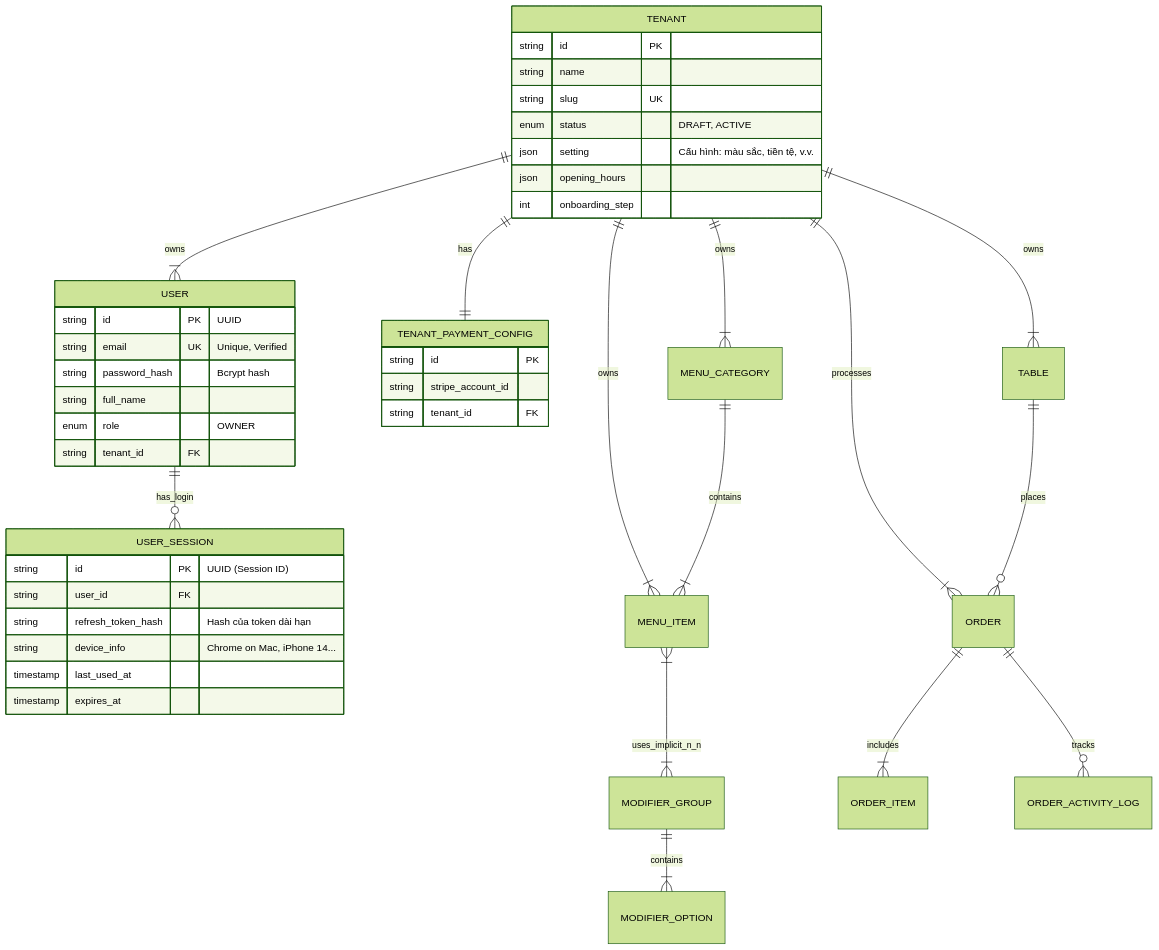
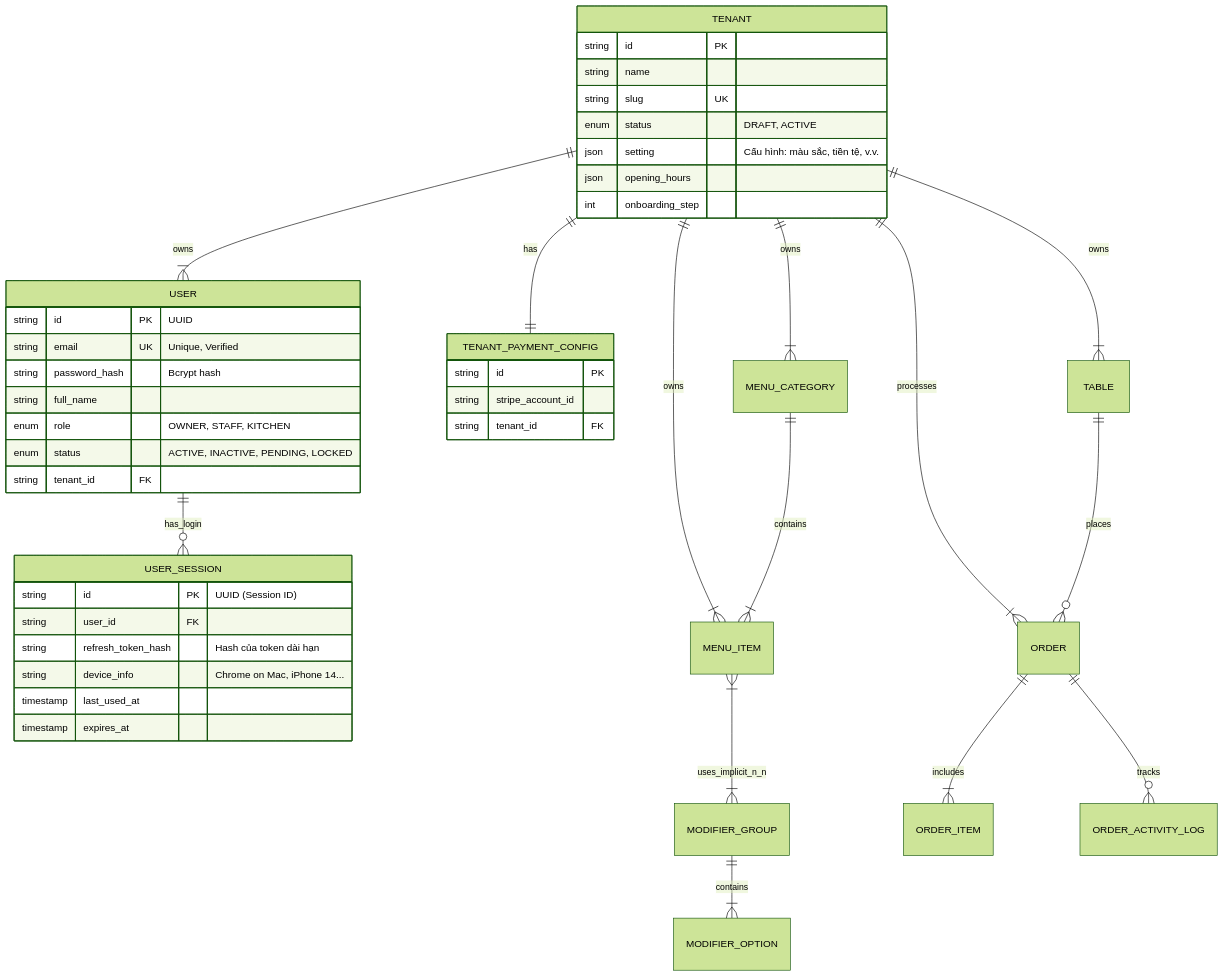
One commit to tkob-team/TKOB_QROrderSystem changed the diagram in docs/backend/database/er_diagram.md. Above: the diagram before and after it, drawn with Mermaid (forest theme). The commit also changed 1 other file, not shown here.

Commit message:
docs: add status for user on database

````diff
--- a/docs/backend/database/er_diagram.md
+++ b/docs/backend/database/er_diagram.md
@@ -1,58 +1,59 @@
 ```mermaid
 erDiagram
     %% --- IDENTITY & AUTH ---
     USER {
         string id PK "UUID"
         string email UK "Unique, Verified"
         string password_hash "Bcrypt hash"
         string full_name
-        enum role "OWNER"
+        enum role "OWNER, STAFF, KITCHEN"
+        enum status "ACTIVE, INACTIVE, PENDING, LOCKED"
         string tenant_id FK
     }
 
     %% --- SESSION MANAGEMENT ---
     USER_SESSION {
         string id PK "UUID (Session ID)"
         string user_id FK
         string refresh_token_hash "Hash của token dài hạn"
         string device_info "Chrome on Mac, iPhone 14..."
         timestamp last_used_at
         timestamp expires_at
     }
 
     %% --- TENANT CONTEXT ---
     TENANT {
         string id PK
         string name
         string slug UK
         enum status "DRAFT, ACTIVE"
         json setting "Cấu hình: màu sắc, tiền tệ, v.v."
         json opening_hours
         int onboarding_step
     }
 
     %% --- SECURE PAYMENT ---
     TENANT_PAYMENT_CONFIG {
         string id PK
         string stripe_account_id
         string tenant_id FK
     }
 
     %% RELATIONS
     TENANT ||--|{ USER : owns
     TENANT ||--|{ TABLE : owns
     TENANT ||--|{ MENU_CATEGORY : owns
     TENANT ||--|{ MENU_ITEM : owns
     TENANT ||--|{ ORDER : processes
     TENANT ||--|| TENANT_PAYMENT_CONFIG : has
 
     USER ||--o{ USER_SESSION : has_login
 
     MENU_CATEGORY ||--|{ MENU_ITEM : contains
     MENU_ITEM }|--|{ MODIFIER_GROUP : uses_implicit_n_n
     MODIFIER_GROUP ||--|{ MODIFIER_OPTION : contains
 
     TABLE ||--o{ ORDER : places
     ORDER ||--|{ ORDER_ITEM : includes
     ORDER ||--o{ ORDER_ACTIVITY_LOG : tracks
 ```
````
